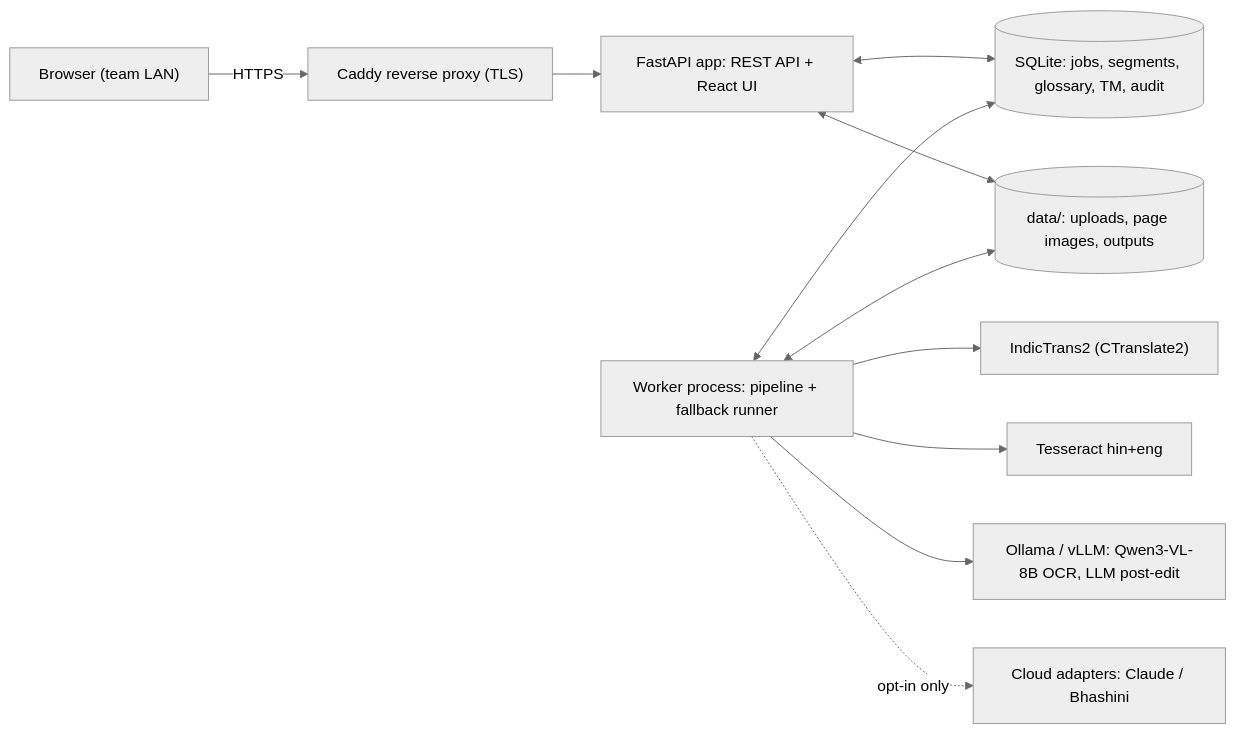
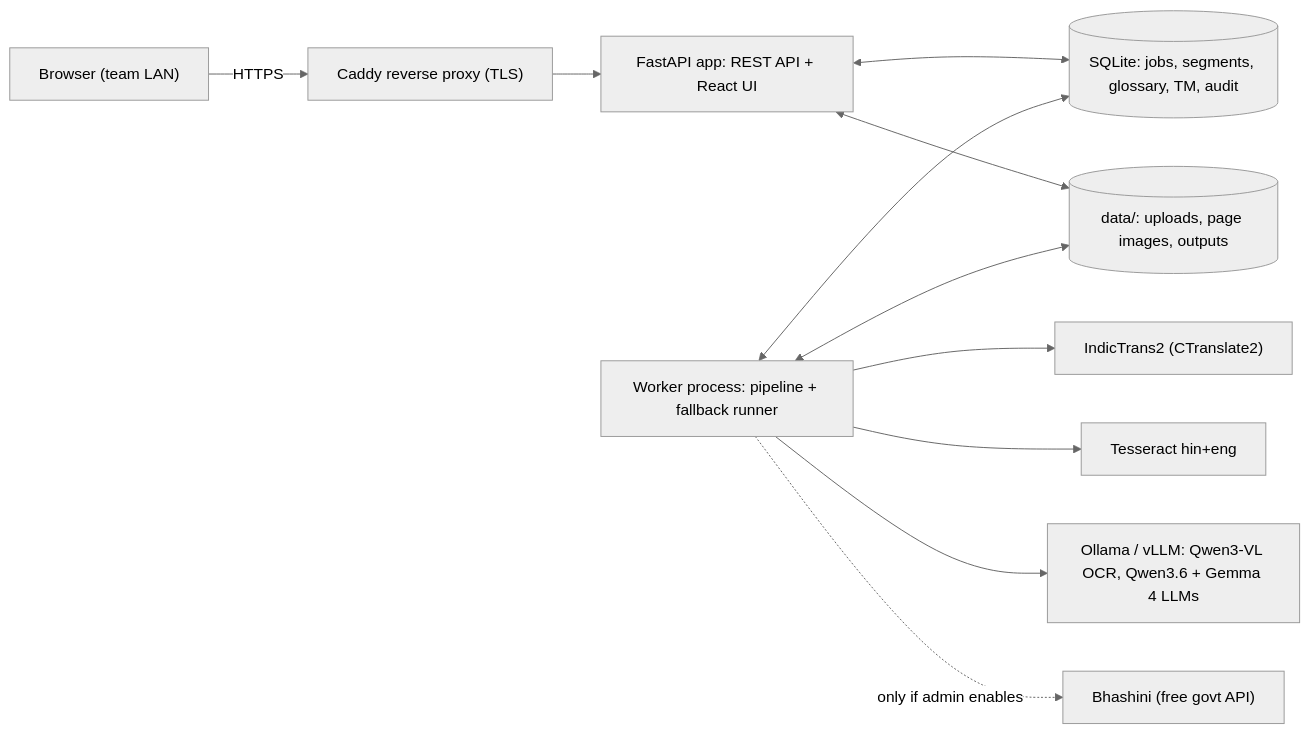
The first of 3 diagrams in PLAN.md (prasannad20011121/Pdf_-translater-), drawn with Mermaid (neutral theme) before and after one commit. The commit also changed other lines of this file and 1 other file, not shown here.

First line of the commit message:
Revise plan: free/local models only

````diff
--- a/PLAN.md
+++ b/PLAN.md
@@ -109,13 +116,13 @@
 ```mermaid
 flowchart LR
   U["Browser (team LAN)"] -->|HTTPS| P["Caddy reverse proxy (TLS)"]
   P --> A["FastAPI app: REST API + React UI"]
   A <--> DB[("SQLite: jobs, segments, glossary, TM, audit")]
   A <--> FS[("data/: uploads, page images, outputs")]
   W["Worker process: pipeline + fallback runner"] <--> DB
   W <--> FS
   W --> IT2["IndicTrans2 (CTranslate2)"]
   W --> TES["Tesseract hin+eng"]
-  W --> LLM["Ollama / vLLM: Qwen3-VL-8B OCR, LLM post-edit"]
-  W -. "opt-in only" .-> CL["Cloud adapters: Claude / Bhashini"]
+  W --> LLM["Ollama / vLLM: Qwen3-VL OCR, Qwen3.6 + Gemma 4 LLMs"]
+  W -. "only if admin enables" .-> BH["Bhashini (free govt API)"]
 ```
````
